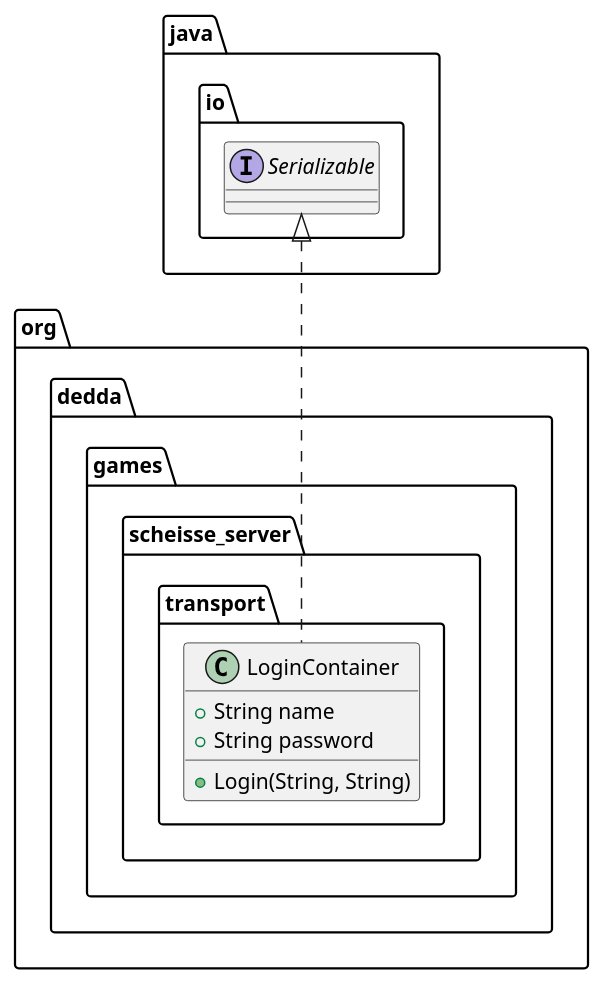
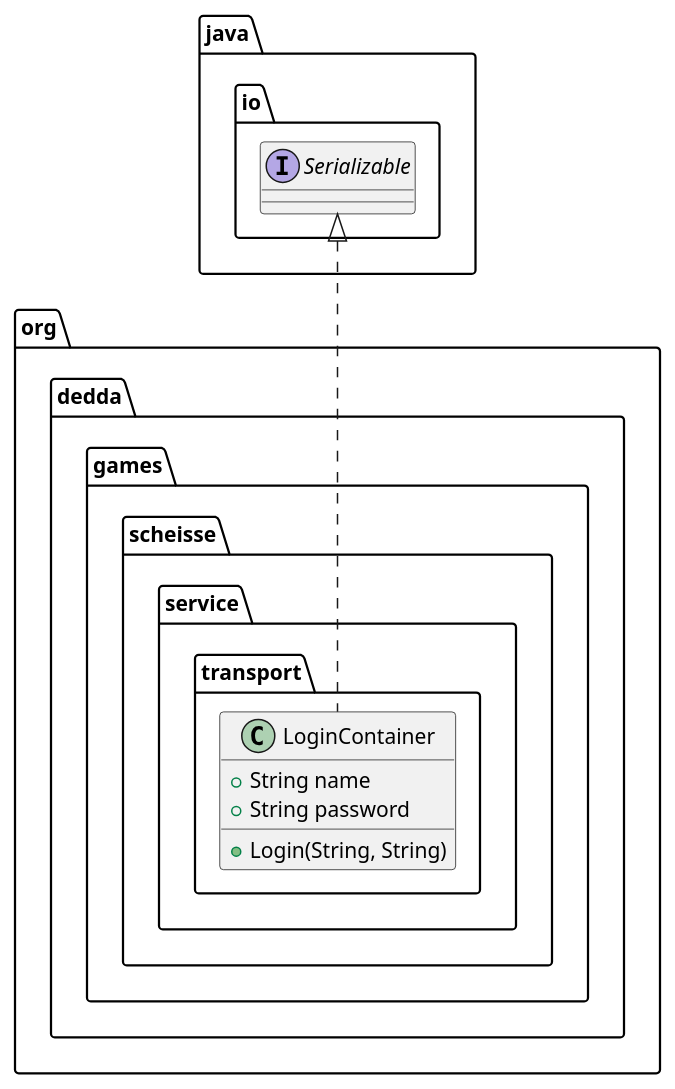
The diagram in server/uml/classes/org/dedda/games/scheisse_server/util/Login.puml (gitter-badger/scheisse), drawn with PlantUML before and after one commit. The commit also changed 13 other files, not shown here.

```diff
--- a/server/uml/classes/org/dedda/games/scheisse_server/util/Login.puml
+++ b/server/uml/classes/org/dedda/games/scheisse_server/util/Login.puml
@@ -1,11 +1,11 @@
 @startuml
 interface java.io.Serializable
 
-class org.dedda.games.scheisse_server.transport.LoginContainer{
+class org.dedda.games.scheisse.service.transport.LoginContainer{
     + String name
     + String password
     + Login(String, String)
 }
 
-java.io.Serializable <|.. org.dedda.games.scheisse_server.transport.LoginContainer
+java.io.Serializable <|.. org.dedda.games.scheisse.service.transport.LoginContainer
 @enduml
```
